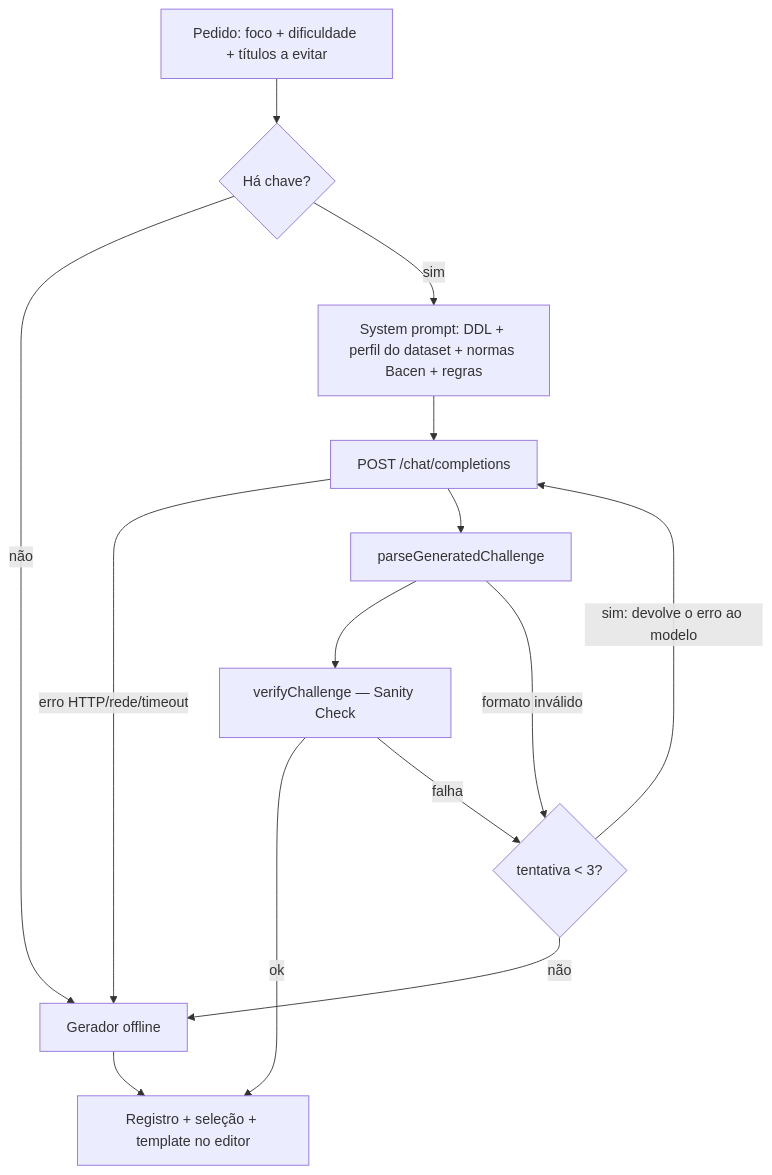
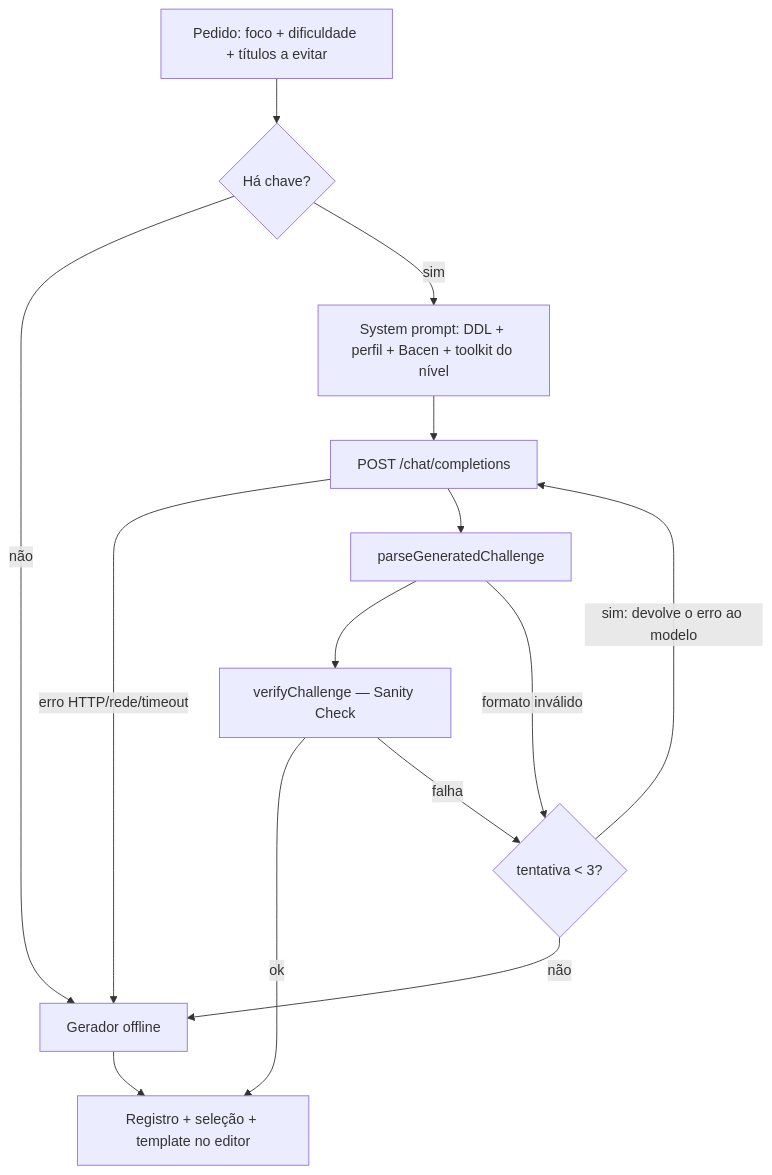
Before and after one commit to brunagai/keystone-sql: the third of 3 diagrams in docs/DOCUMENTACAO_TECNICA.md, drawn with Mermaid. The commit also changed other lines of this file and 13 other files, not shown here.

````diff
--- a/docs/DOCUMENTACAO_TECNICA.md
+++ b/docs/DOCUMENTACAO_TECNICA.md
@@ -334,16 +356,16 @@
 ```mermaid
 flowchart TD
   A[Pedido: foco + dificuldade + títulos a evitar] --> B{Há chave?}
   B -- não --> OFF[Gerador offline]
-  B -- sim --> P[System prompt: DDL + perfil do dataset + normas Bacen + regras]
+  B -- sim --> P[System prompt: DDL + perfil + Bacen + toolkit do nível]
   P --> C[POST /chat/completions]
   C -- erro HTTP/rede/timeout --> OFF
   C --> D[parseGeneratedChallenge]
   D --> E[verifyChallenge — Sanity Check]
   E -- ok --> R[Registro + seleção + template no editor]
   E -- falha --> F{tentativa < 3?}
   D -- formato inválido --> F
   F -- sim: devolve o erro ao modelo --> C
   F -- não --> OFF
   OFF --> R
 ```
````
